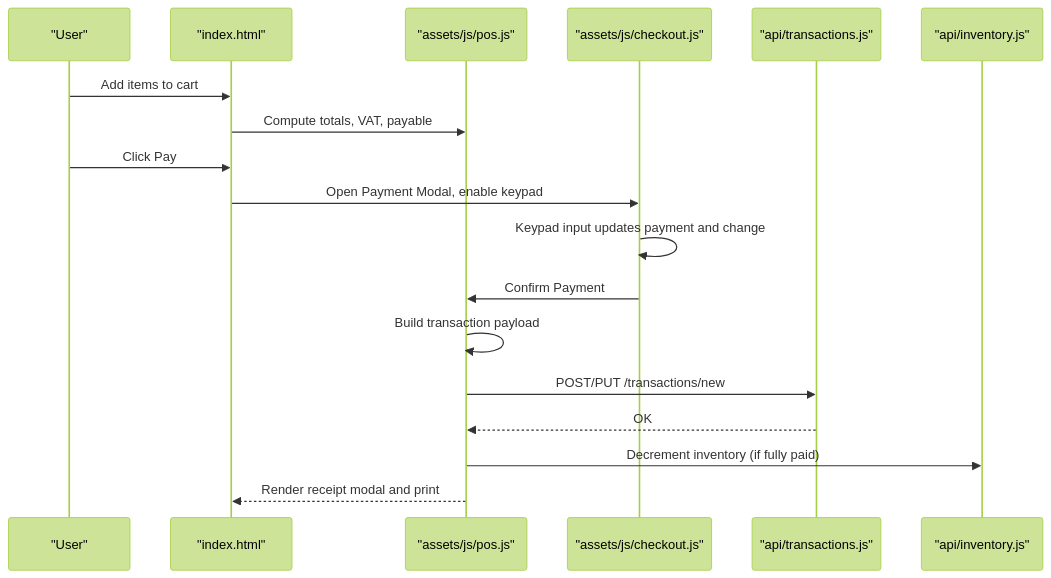
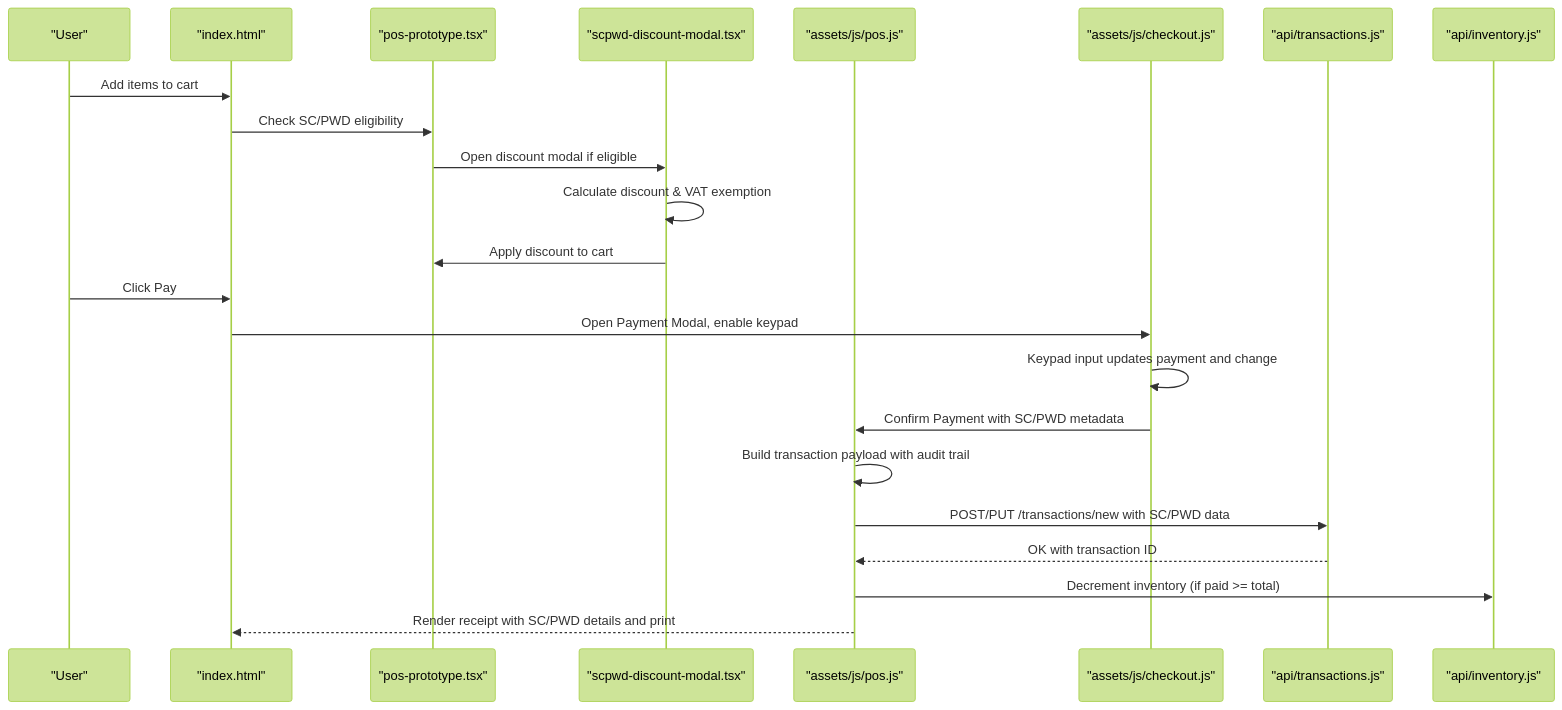
One commit to yosefdc7/PharmaPOS changed the second of 13 diagrams in .qoder/repowiki/en/content/Frontend Interface/Checkout System.md. Above: the diagram before and after it, drawn with Mermaid (forest theme). The commit also changed other lines of this file and 11 other files, not shown here.

````diff
--- a/.qoder/repowiki/en/content/Frontend Interface/Checkout System.md
+++ b/.qoder/repowiki/en/content/Frontend Interface/Checkout System.md
@@ -99,20 +168,25 @@
 ```mermaid
 sequenceDiagram
 participant User as "User"
 participant UI as "index.html"
+participant WPOS as "pos-prototype.tsx"
+participant SCM as "scpwd-discount-modal.tsx"
 participant POS as "assets/js/pos.js"
 participant CK as "assets/js/checkout.js"
 participant API as "api/transactions.js"
 participant INV as "api/inventory.js"
 User->>UI : Add items to cart
-UI->>POS : Compute totals, VAT, payable
+UI->>WPOS : Check SC/PWD eligibility
+WPOS->>SCM : Open discount modal if eligible
+SCM->>SCM : Calculate discount & VAT exemption
+SCM->>WPOS : Apply discount to cart
 User->>UI : Click Pay
 UI->>CK : Open Payment Modal, enable keypad
 CK->>CK : Keypad input updates payment and change
-CK->>POS : Confirm Payment
-POS->>POS : Build transaction payload
-POS->>API : POST/PUT /transactions/new
-API-->>POS : OK
-POS->>INV : Decrement inventory (if fully paid)
-POS-->>UI : Render receipt modal and print
+CK->>POS : Confirm Payment with SC/PWD metadata
+POS->>POS : Build transaction payload with audit trail
+POS->>API : POST/PUT /transactions/new with SC/PWD data
+API-->>POS : OK with transaction ID
+POS->>INV : Decrement inventory (if paid >= total)
+POS-->>UI : Render receipt with SC/PWD details and print
 ```
````
